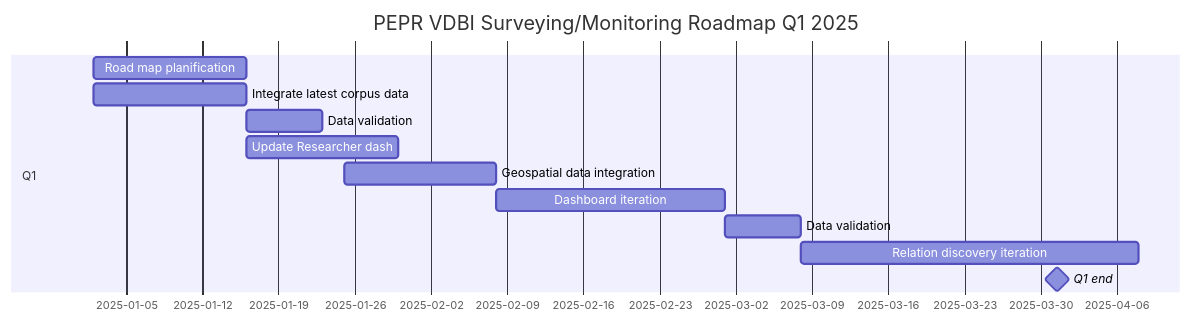
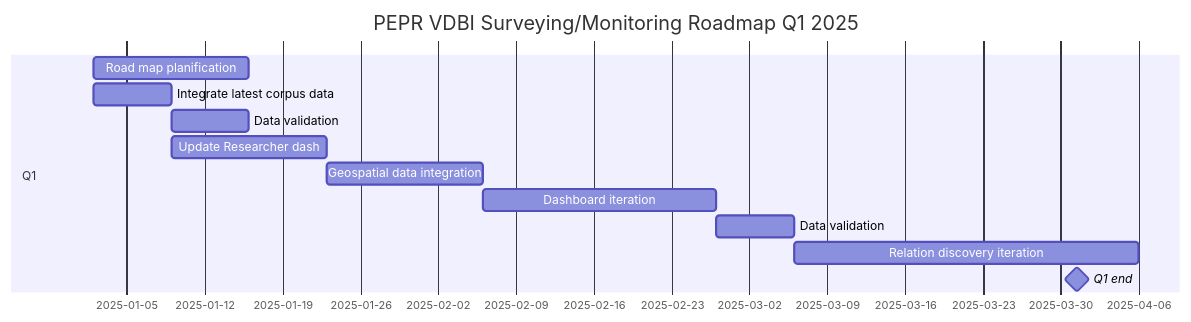
Before and after one commit to VCityTeam/PEPR-VDBI: the first of 2 diagrams in docs/README.md, drawn with Mermaid.

Commit message:
update road map

````diff
--- a/docs/README.md
+++ b/docs/README.md
@@ -40,17 +40,17 @@
 ```mermaid
 gantt
     title PEPR VDBI Surveying/Monitoring Roadmap Q1 2025
     dateFormat  DD-MM-YYYY
 
     %name                           %status     %tag    %start          %duration
     section Q1
     Road map planification          :           q1i1,   02-01-2025,     2w
-    Integrate latest corpus data    :           q1i2,   02-01-2025,     2w
+    Integrate latest corpus data    :           q1i2,   02-01-2025,     1w
     Data validation                 :           q1i3,   after q1i2,     1w
     Update Researcher dash          :           q1i6,   after q1i2,     2w
-    Geospatial data integration     :           q1i4,   25-01-2025,     2w
+    Geospatial data integration     :           q1i4,   after q1i6,     2w
     Dashboard iteration             :           q1i9,   after q1i4,     3w
     Data validation                 :           q1i7,   after q1i9,     1w
     Relation discovery iteration    :           q1i8,   after q1i7,     1M
     Q1 end                          :milestone, q1,     31-03-2025,     1d
 ```
````
